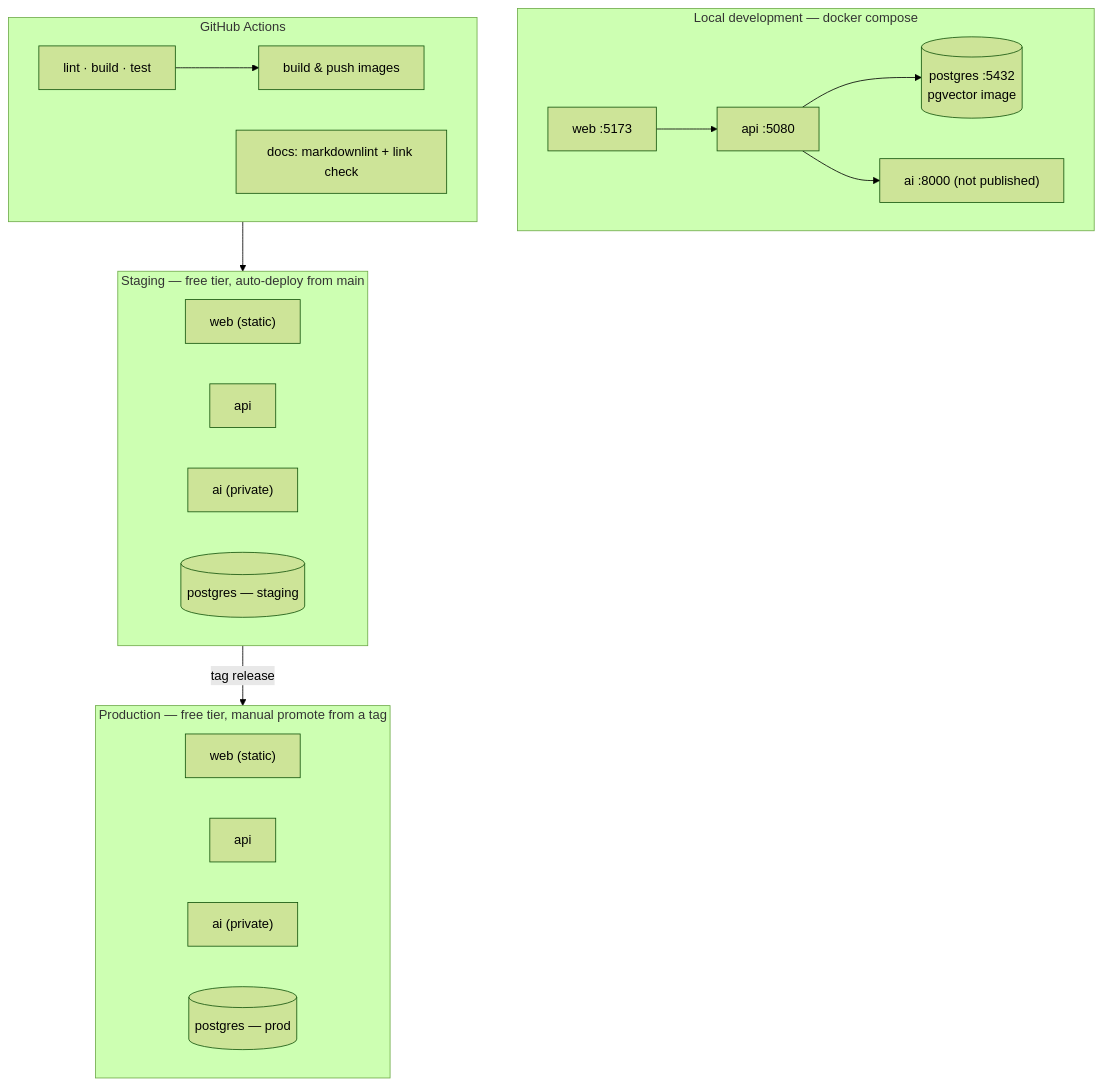
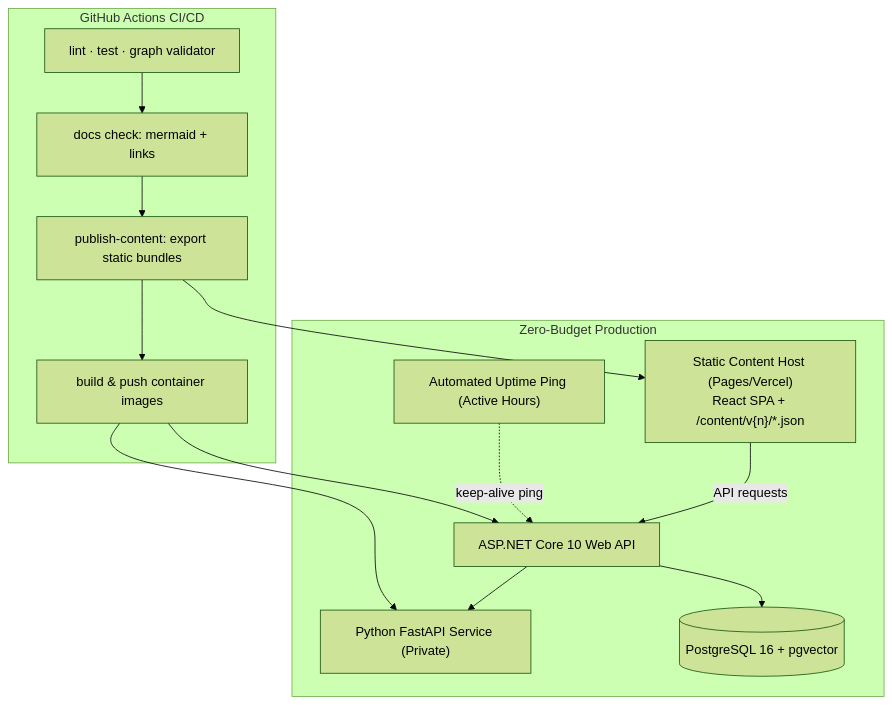
Before and after one commit to Masar-SCU/Masar: the eighth of 8 diagrams in docs/03-architecture.md, drawn with Mermaid (forest theme). The commit also changed other lines of this file and 26 other files, not shown here.

First line of the commit message:
docs: master specification revision for atomic roadmap and defect fixes

````diff
--- a/docs/03-architecture.md
+++ b/docs/03-architecture.md
@@ -377,35 +347,26 @@
 ```mermaid
 flowchart TB
-    subgraph LOCAL["Local development — docker compose"]
-        L1["web :5173"]
-        L2["api :5080"]
-        L3["ai :8000 (not published)"]
-        L4[("postgres :5432<br/>pgvector image")]
-        L1 --> L2 --> L4
-        L2 --> L3
+    subgraph CI["GitHub Actions CI/CD"]
+        G1["lint · test · graph validator"]
+        G2["docs check: mermaid + links"]
+        G3["publish-content: export static bundles"]
+        G4["build & push container images"]
+        G1 --> G2 --> G3 --> G4
     end
 
-    subgraph CI["GitHub Actions"]
-        G1["lint · build · test"]
-        G2["docs: markdownlint + link check"]
-        G3["build & push images"]
-        G1 --> G3
+    subgraph PROD["Zero-Budget Production"]
+        CDN["Static Content Host (Pages/Vercel)<br/>React SPA + /content/v{n}/*.json"]
+        API["ASP.NET Core 10 Web API"]
+        AISVC["Python FastAPI Service (Private)"]
+        DB[("PostgreSQL 16 + pgvector")]
+        PING["Automated Uptime Ping (Active Hours)"]
     end
 
-    subgraph STAGING["Staging — free tier, auto-deploy from main"]
-        T1["web (static)"]
-        T2["api"]
-        T3["ai (private)"]
-        T4[("postgres — staging")]
-    end
-
-    subgraph PROD["Production — free tier, manual promote from a tag"]
-        P1["web (static)"]
-        P2["api"]
-        P3["ai (private)"]
-        P4[("postgres — prod")]
-    end
-
-    CI --> STAGING
-    STAGING -->|"tag release"| PROD
+    G3 --> CDN
+    G4 --> API
+    G4 --> AISVC
+    PING -.->|"keep-alive ping"| API
+    CDN -->|"API requests"| API
+    API --> DB
+    API --> AISVC
 ```
````
